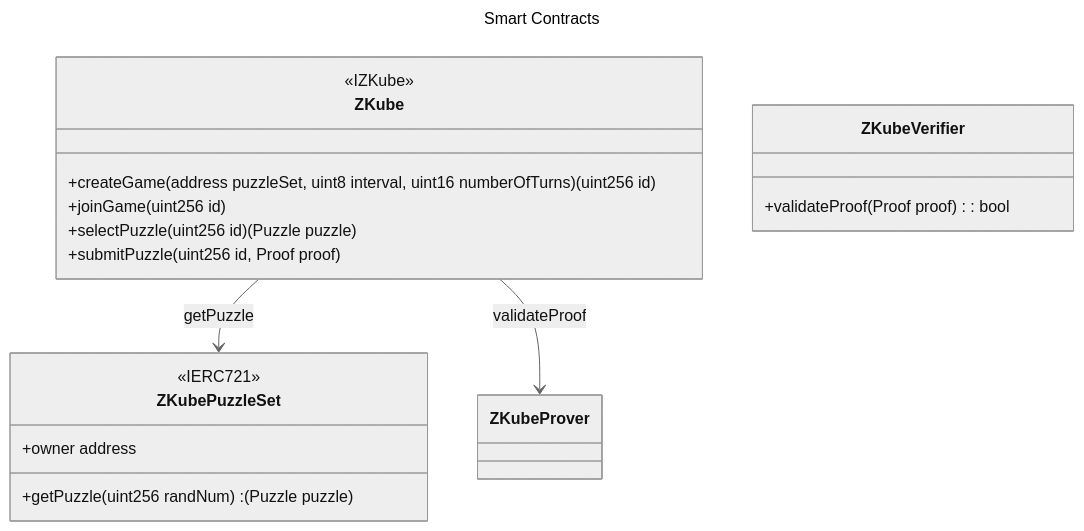
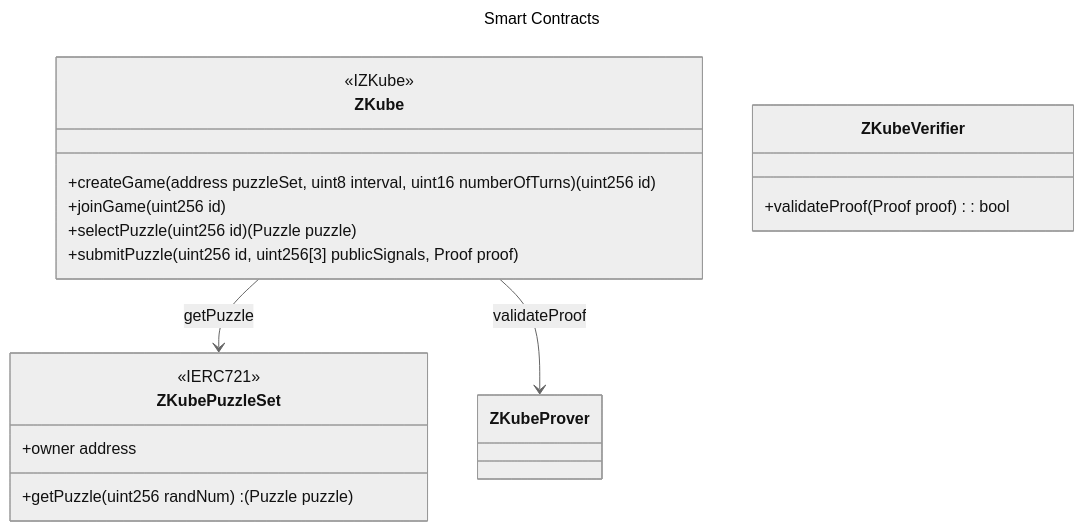
The diagram in README.md (mycenaean-n/zkomposer), drawn with Mermaid (neutral theme) before and after one commit. The commit also changed 5 other files, not shown here.

Commit message:
feat: submitPuzzle

````diff
--- a/README.md
+++ b/README.md
@@ -20,29 +20,29 @@
 ```mermaid
 ---
 title: Smart Contracts
 ---
 classDiagram
 class ZKube{
     <<IZKube>>
     +createGame(address puzzleSet, uint8 interval, uint16 numberOfTurns) (uint256 id)
     +joinGame(uint256 id)
     +selectPuzzle(uint256 id) (Puzzle puzzle)
-    +submitPuzzle(uint256 id, Proof proof)
+    +submitPuzzle(uint256 id, uint256[3] publicSignals, Proof proof)
 }
 
 class ZKubePuzzleSet {
         <<IERC721>>
         +owner address
         +getPuzzle(uint256 randNum) : (Puzzle puzzle)
 } 
 
 ZKube --> ZKubePuzzleSet: getPuzzle
 
 class ZKubeVerifier {
     +validateProof (Proof proof) : bool
 }
 
 ZKube --> ZKubeProver: validateProof
 
 
 ```
````
